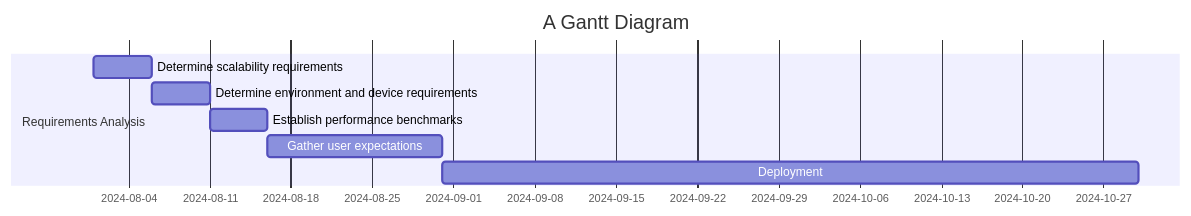
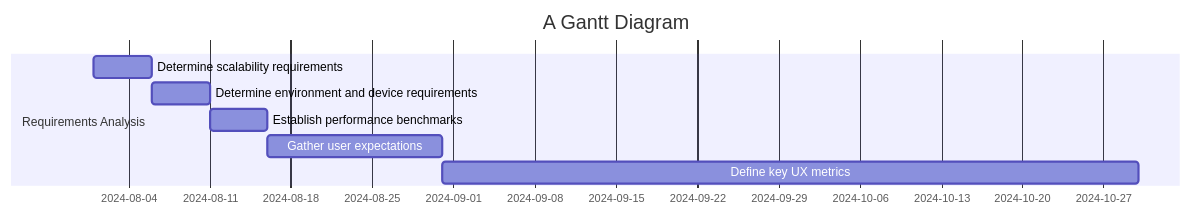
One commit to sayshelley/iodraw-files changed the diagram in all/Code Gantt Chart.md. Above: the diagram before and after it, drawn with Mermaid.

Commit message:
2024-10-04 22:32:01 update

````diff
--- a/all/Code Gantt Chart.md
+++ b/all/Code Gantt Chart.md
@@ -1,15 +1,15 @@
 ```mermaid
 gantt
     title A Gantt Diagram
     dateFormat  YYYY-MM-DD
     section Requirements Analysis
     Determine scalability requirements :a1, 2024-08-01, 5d
     Determine environment and device requirements :a2, after a1, 5d
     Establish performance benchmarks: a3, after a2, 5d
     Gather user expectations: a4, after a3, 15d
-    Deployment : a5, after a4, 60d
+    Define key UX metrics : a5, after a4, 60d
     
 
 
    
 ```
````
